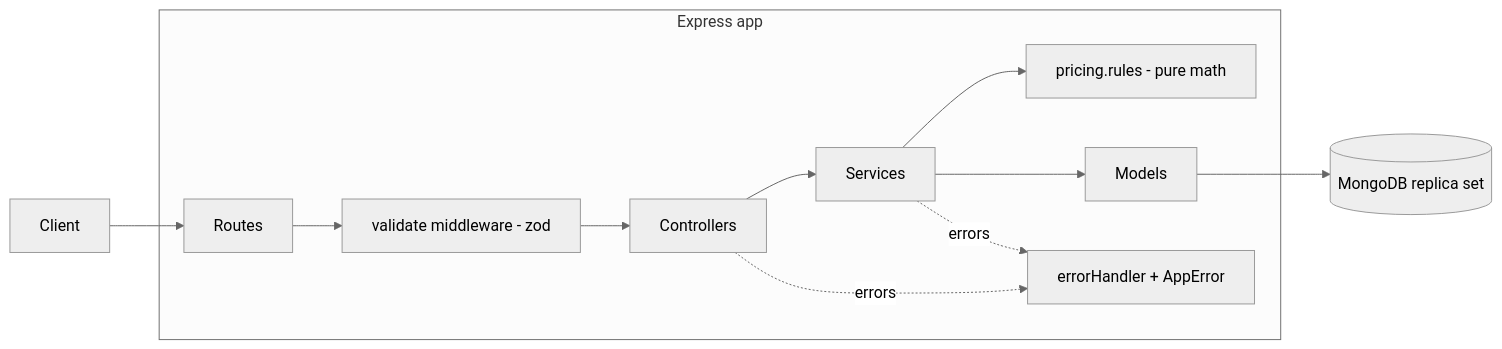
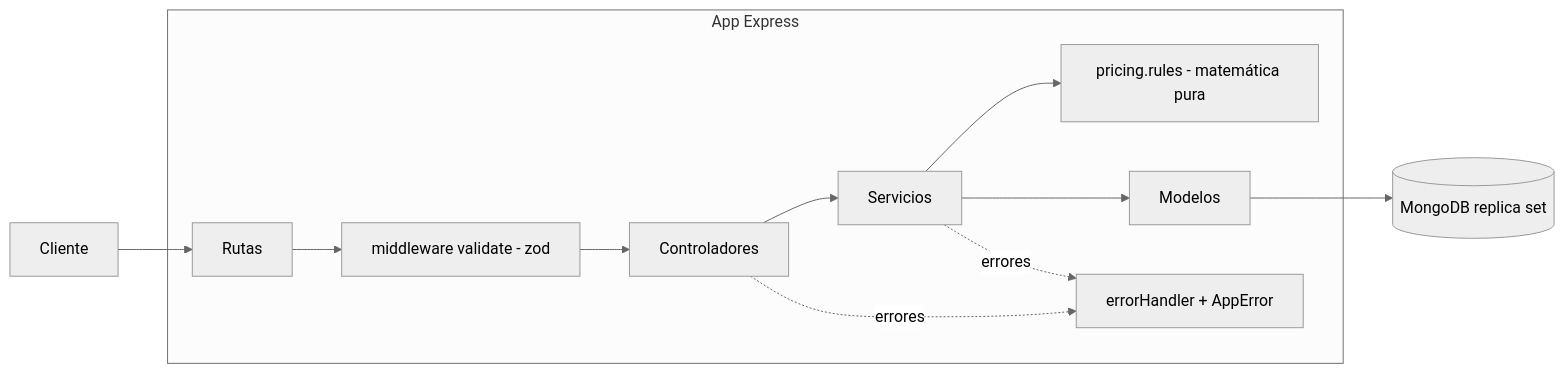
One commit to Tagle-Azca/DynamicPricing changed the first of 9 diagrams in docs/ARCHITECTURE.md. Above: the diagram before and after it, drawn with Mermaid (neutral theme). The commit also changed other lines of this file and 64 other files, not shown here.

````diff
--- a/docs/ARCHITECTURE.md
+++ b/docs/ARCHITECTURE.md
@@ -5,15 +5,15 @@
 ```mermaid
 flowchart LR
-  Client --> Routes
-  subgraph Express app
-    Routes --> Validate[validate middleware - zod]
-    Validate --> Controllers
-    Controllers --> Services
-    Services --> Rules[pricing.rules - pure math]
-    Services --> Models
+  Cliente --> Rutas
+  subgraph App Express
+    Rutas --> Validate[middleware validate - zod]
+    Validate --> Controladores
+    Controladores --> Servicios
+    Servicios --> Rules[pricing.rules - matemática pura]
+    Servicios --> Modelos
     ErrorHandler[errorHandler + AppError]
   end
-  Models --> MongoDB[(MongoDB replica set)]
-  Controllers -. errors .-> ErrorHandler
-  Services -. errors .-> ErrorHandler
+  Modelos --> MongoDB[(MongoDB replica set)]
+  Controladores -. errores .-> ErrorHandler
+  Servicios -. errores .-> ErrorHandler
 ```
````
